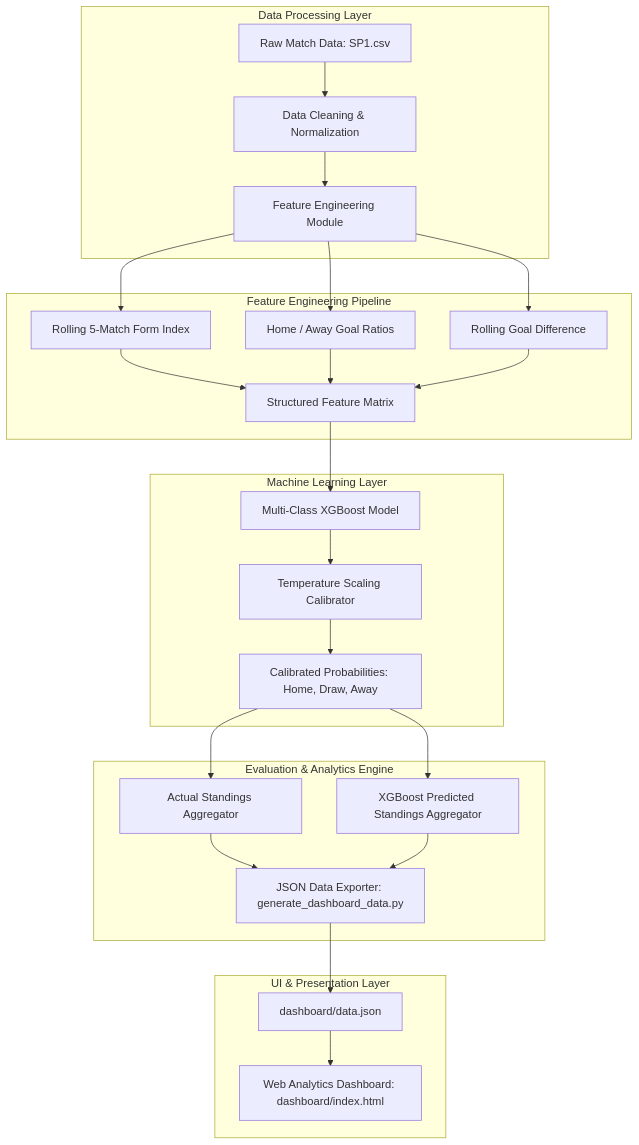
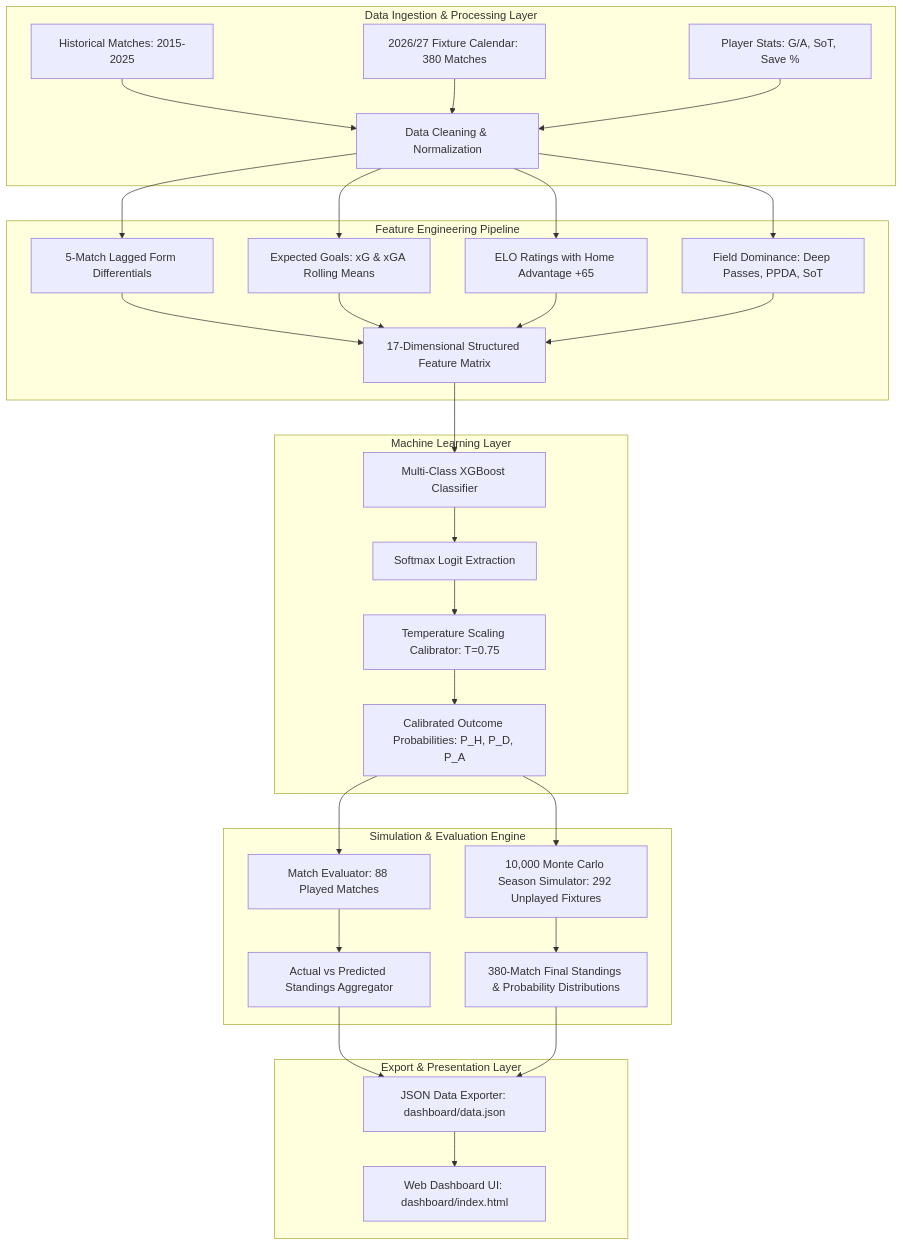
One commit to UTKARSHK1506/LaLiga-Winner-Prediction changed the diagram in ARCHITECTURE.md. Above: the diagram before and after it, drawn with Mermaid. The commit also changed other lines of this file and 2 other files, not shown here.

Commit message:
docs: update comprehensive evaluation metrics, Monte Carlo forecasting, and viva report

````diff
--- a/ARCHITECTURE.md
+++ b/ARCHITECTURE.md
@@ -16,31 +19,35 @@
 ```mermaid
 flowchart TD
-    subgraph Data Processing Layer
-        A[Raw Match Data: SP1.csv] --> B[Data Cleaning & Normalization]
-        B --> C[Feature Engineering Module]
+    subgraph Data Ingestion & Processing Layer
+        A[Historical Matches: 2015-2025] --> C[Data Cleaning & Normalization]
+        B[2026/27 Fixture Calendar: 380 Matches] --> C
+        P[Player Stats: G/A, SoT, Save %] --> C
     end
 
     subgraph Feature Engineering Pipeline
-        C --> D[Rolling 5-Match Form Index]
-        C --> E[Home / Away Goal Ratios]
-        C --> F[Rolling Goal Difference]
-        D & E & F --> G[Structured Feature Matrix]
+        C --> D[5-Match Lagged Form Differentials]
+        C --> E[Expected Goals: xG & xGA Rolling Means]
+        C --> F[ELO Ratings with Home Advantage +65]
+        C --> G[Field Dominance: Deep Passes, PPDA, SoT]
+        D & E & F & G --> H[17-Dimensional Structured Feature Matrix]
     end
 
     subgraph Machine Learning Layer
-        G --> H[Multi-Class XGBoost Model]
-        H --> I[Temperature Scaling Calibrator]
-        I --> J[Calibrated Probabilities: Home, Draw, Away]
+        H --> I[Multi-Class XGBoost Classifier]
+        I --> J[Softmax Logit Extraction]
+        J --> K[Temperature Scaling Calibrator: T=0.75]
+        K --> L[Calibrated Outcome Probabilities: P_H, P_D, P_A]
     end
 
-    subgraph Evaluation & Analytics Engine
-        J --> K[Actual Standings Aggregator]
-        J --> L[XGBoost Predicted Standings Aggregator]
-        K & L --> M[JSON Data Exporter: generate_dashboard_data.py]
+    subgraph Simulation & Evaluation Engine
+        L --> M[Match Evaluator: 88 Played Matches]
+        L --> N[10,000 Monte Carlo Season Simulator: 292 Unplayed Fixtures]
+        M --> O[Actual vs Predicted Standings Aggregator]
+        N --> Q[380-Match Final Standings & Probability Distributions]
     end
 
-    subgraph UI & Presentation Layer
-        M --> N[dashboard/data.json]
-        N --> O[Web Analytics Dashboard: dashboard/index.html]
+    subgraph Export & Presentation Layer
+        O & Q --> R[JSON Data Exporter: dashboard/data.json]
+        R --> S[Web Dashboard UI: dashboard/index.html]
     end
 ```
````
